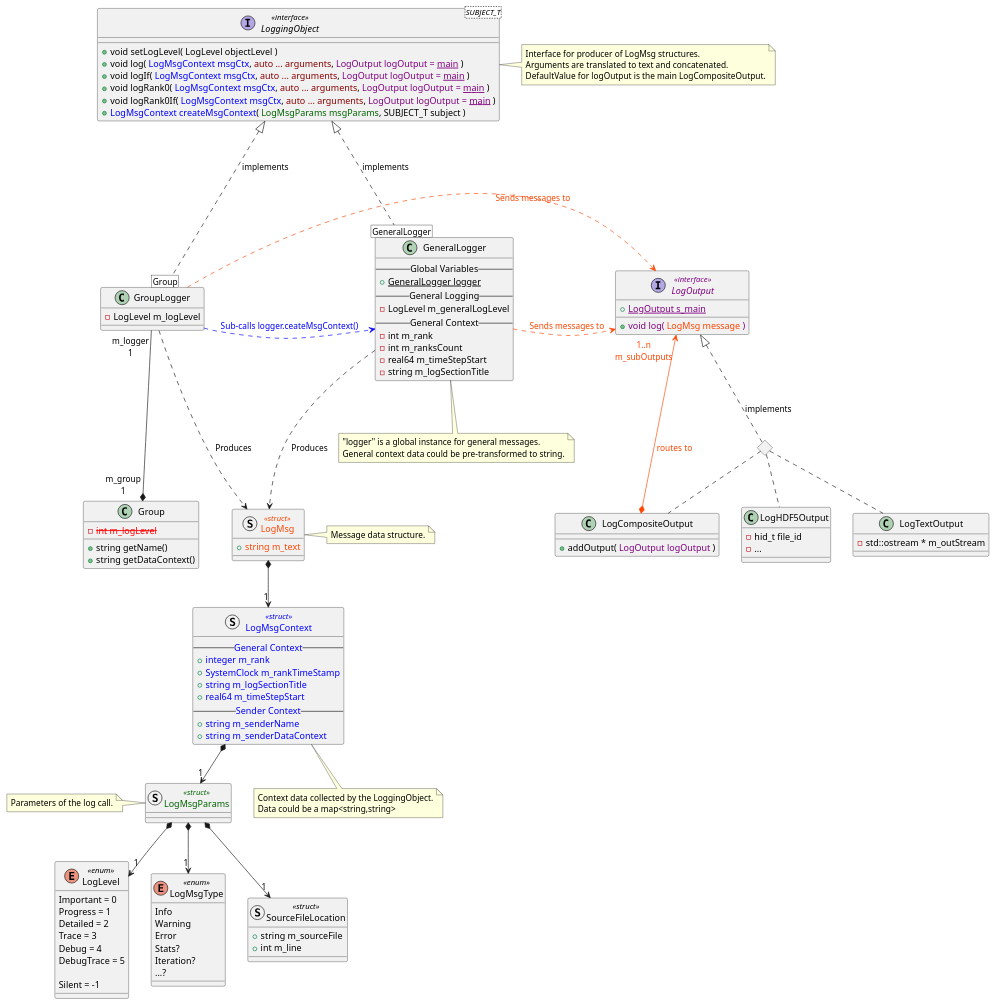
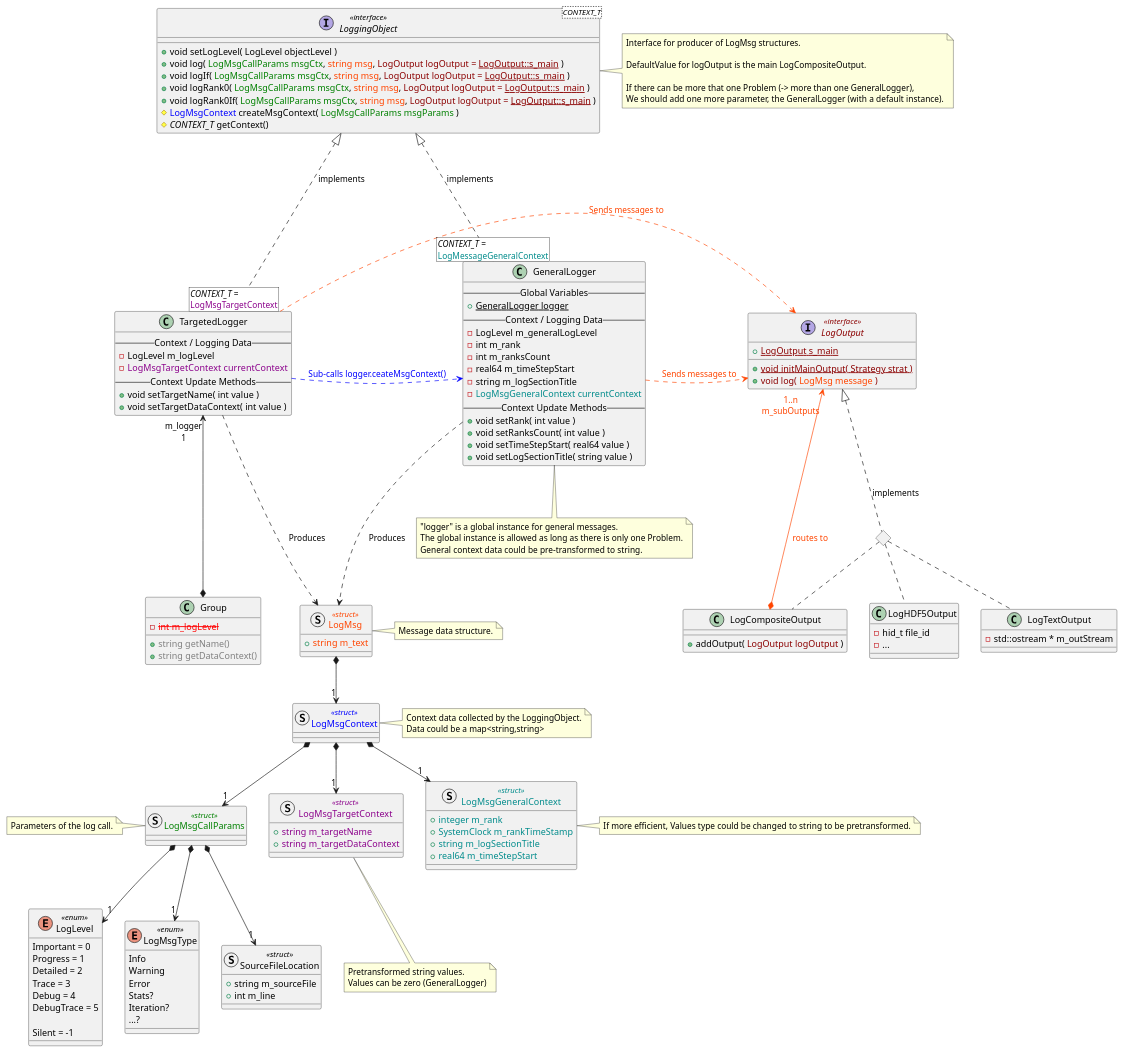
Before and after one commit to GEOS-DEV/GEOS: the diagram in src/coreComponents/common/Logger_templatedLoggingObject.plantuml, drawn with PlantUML.

Commit message:
architecture deepening

```diff
--- a/src/coreComponents/common/Logger_templatedLoggingObject.plantuml
+++ b/src/coreComponents/common/Logger_templatedLoggingObject.plantuml
@@ -1,142 +1,175 @@
 @startuml Logger Class
 
 set namespaceSeparator ::
 
 
+' --------------------------
 ' Message Data Structure
-
+' --------------------------
 
 enum LogLevel <<enum>> {
   Important = 0
   Progress = 1
   Detailed = 2
   Trace = 3
   Debug = 4
   DebugTrace = 5
 
   Silent = -1
 }
 
 enum LogMsgType <<enum>> {
   Info
   Warning
   Error
   Stats?
   Iteration?
   ...?
 }
 
 struct SourceFileLocation <<struct>> {
   + string m_sourceFile
   + int m_line
 }
 
-struct LogMsgParams <<struct>> #text:DarkGreen {
+struct LogMsgCallParams <<struct>> #text:Green {
 }
 note left: Parameters of the log call.
 
-struct LogMsgContext <<struct>> #text:Blue {
-  -- General Context --
+struct LogMsgGeneralContext <<struct>> #text:DarkCyan {
   + integer m_rank
   + SystemClock m_rankTimeStamp
   + string m_logSectionTitle
   + real64 m_timeStepStart
-  -- Sender Context --
-  + string m_senderName
-  + string m_senderDataContext
 }
-note bottom: Context data collected by the LoggingObject.\nData could be a map<string,string>
+note right: If more efficient, Values type could be changed to string to be pretransformed.
+
+struct LogMsgTargetContext <<struct>> #text:DarkMagenta {
+  + string m_targetName
+  + string m_targetDataContext
+}
+note bottom: Pretransformed string values.\nValues can be zero (GeneralLogger)
+
+struct LogMsgContext <<struct>> #text:Blue {
+}
+note right: Context data collected by the LoggingObject.\nData could be a map<string,string>
 
 struct LogMsg <<struct>> #text:OrangeRed {
   + string m_text
 }
 note right: Message data structure.
 
-LogMsgParams *--> "1" SourceFileLocation
-LogMsgParams *--> "1" LogMsgType
-LogMsgParams *--> "1" LogLevel
+LogMsgCallParams *--> "1" SourceFileLocation
+LogMsgCallParams *--> "1" LogMsgType
+LogMsgCallParams *--> "1" LogLevel
+LogMsgContext *--> "1" LogMsgCallParams
+LogMsgContext *--> "1" LogMsgGeneralContext
+LogMsgContext *--> "1" LogMsgTargetContext
 LogMsg *--> "1" LogMsgContext
-LogMsgContext *--> "1" LogMsgParams
+
+LogMsgCallParams -r[hidden]- LogMsgTargetContext
+LogMsgTargetContext -r[hidden]- LogMsgGeneralContext
+
+LogLevel -r[hidden]- LogMsgType
+LogMsgType -r[hidden]- SourceFileLocation
 
 
+' --------------------------
 ' Log outputs
+' --------------------------
 
-interface LogOutput <<interface>> #text:Purple {
+
+interface LogOutput <<interface>> #text:DarkRed {
   + {static} LogOutput s_main
+  + {static} void initMainOutput( Strategy strat )
   + void log( <color:OrangeRed>LogMsg message</color> )
 }
 <> LogOutputImplementations
 LogOutput <|.. LogOutputImplementations : implements
 
 class LogCompositeOutput {
-  + addOutput( <color:Purple>LogOutput logOutput</color> )
+  + addOutput( <color:DarkRed>LogOutput logOutput</color> )
 }
 LogOutputImplementations .. LogCompositeOutput
 LogCompositeOutput *---> "1..n\nm_subOutputs" LogOutput #OrangeRed;text:OrangeRed : routes to
 
 class LogHDF5Output {
   - hid_t file_id
   - ...
 }
 LogOutputImplementations .. LogHDF5Output
 
 class LogTextOutput {
   - std::ostream * m_outStream
 }
 LogOutputImplementations .. LogTextOutput
 
 LogTextOutput .l[hidden].. LogHDF5Output
 LogHDF5Output .l[hidden].. LogCompositeOutput
 
 
+' --------------------------
 ' Message Producers
+' --------------------------
 
-interface LoggingObject<SUBJECT_T> <<interface>> {
+
+interface LoggingObject<CONTEXT_T> <<interface>> {
   + void setLogLevel( LogLevel objectLevel )
-  + void log( <color:Blue>LogMsgContext msgCtx</color>, <color:DarkRed>auto ... arguments</color>, <color:Purple>LogOutput logOutput = <u>main</u></color> )
-  + void logIf( <color:Blue>LogMsgContext msgCtx</color>, <color:DarkRed>auto ... arguments</color>, <color:Purple>LogOutput logOutput = <u>main</u></color> )
-  + void logRank0( <color:Blue>LogMsgContext msgCtx</color>, <color:DarkRed>auto ... arguments</color>, <color:Purple>LogOutput logOutput = <u>main</u></color> )
-  + void logRank0If( <color:Blue>LogMsgContext msgCtx</color>, <color:DarkRed>auto ... arguments</color>, <color:Purple>LogOutput logOutput = <u>main</u></color> )
-  + <color:Blue>LogMsgContext createMsgContext</color>( <color:DarkGreen>LogMsgParams msgParams</color>, SUBJECT_T subject )
+  + void log( <color:Green>LogMsgCallParams msgCtx</color>, <color:OrangeRed>string msg</color>, <color:DarkRed>LogOutput logOutput = <u>LogOutput::s_main</u></color> )
+  + void logIf( <color:Green>LogMsgCallParams msgCtx</color>, <color:OrangeRed>string msg</color>, <color:DarkRed>LogOutput logOutput = <u>LogOutput::s_main</u></color> )
+  + void logRank0( <color:Green>LogMsgCallParams msgCtx</color>, <color:OrangeRed>string msg</color>, <color:DarkRed>LogOutput logOutput = <u>LogOutput::s_main</u></color> )
+  + void logRank0If( <color:Green>LogMsgCallParams msgCtx</color>, <color:OrangeRed>string msg</color>, <color:DarkRed>LogOutput logOutput = <u>LogOutput::s_main</u></color> )
+  # <color:Blue>LogMsgContext</color> createMsgContext( <color:Green>LogMsgCallParams msgParams</color> )
+  # <i>CONTEXT_T</i> getContext()
 }
-note right: Interface for producer of LogMsg structures.\nArguments are translated to text and concatenated.\nDefaultValue for logOutput is the main LogCompositeOutput.
+note right: Interface for producer of LogMsg structures.\n\nDefaultValue for logOutput is the main LogCompositeOutput.\n\nIf there can be more that one Problem (-> more than one GeneralLogger),\nWe should add one more parameter, the GeneralLogger (with a default instance).
 
 
 
 class GeneralLogger {
   -- Global Variables --
   + {static} GeneralLogger logger
-  -- General Logging --
+  -- Context / Logging Data --
   - LogLevel m_generalLogLevel
-  -- General Context --
   - int m_rank
   - int m_ranksCount
   - real64 m_timeStepStart
   - string m_logSectionTitle
+  - <color:DarkCyan>LogMsgGeneralContext currentContext</color>
+  -- Context Update Methods --
+  + void setRank( int value )
+  + void setRanksCount( int value )
+  + void setTimeStepStart( real64 value )
+  + void setLogSectionTitle( string value )
 }
-note bottom: "logger" is a global instance for general messages.\nGeneral context data could be pre-transformed to string.
-GeneralLogger [GeneralLogger] ..u.|> LoggingObject : implements
+note bottom: "logger" is a global instance for general messages.\nThe global instance is allowed as long as there is only one Problem.\nGeneral context data could be pre-transformed to string.
+GeneralLogger [<i>CONTEXT_T</i> =\n<color:DarkCyan>LogMessageGeneralContext</color>] ..u.|> LoggingObject : implements
 GeneralLogger ..d.> LogMsg : Produces
 GeneralLogger ..r.> LogOutput #OrangeRed;text:OrangeRed : "Sends messages to"
 
 
-class GroupLogger {
+class TargetedLogger {
+  -- Context / Logging Data --
   - LogLevel m_logLevel
+  - <color:DarkMagenta>LogMsgTargetContext currentContext</color>
+  -- Context Update Methods --
+  + void setTargetName( int value )
+  + void setTargetDataContext( int value )
 }
 class Group {
-  + string getName()
-  + string getDataContext()
+  + <color:Grey>string getName()</color>
+  + <color:Grey>string getDataContext()</color>
   - <color:Red><s>int m_logLevel</s></color>
 }
-GroupLogger [Group] .u..|> LoggingObject : implements
-Group "m_group\n1" *-u-- "m_logger\n1" GroupLogger
+TargetedLogger [<i>CONTEXT_T</i> =\n<color:DarkMagenta>LogMsgTargetContext</color>] .u..|> LoggingObject : implements
+Group *-u--> "m_logger\n1" TargetedLogger
 
-GroupLogger ..r.> LogOutput #OrangeRed;text:OrangeRed : "Sends messages to"
-GroupLogger ..r.> GeneralLogger #Blue;text:Blue : "Sub-calls logger.ceateMsgContext()"
-GroupLogger ..d.> LogMsg : Produces
+TargetedLogger ..r.> LogOutput #OrangeRed;text:OrangeRed : "Sends messages to"
+TargetedLogger ..r.> GeneralLogger #Blue;text:Blue : "Sub-calls logger.ceateMsgContext()"
+TargetedLogger ..d.> LogMsg : Produces
 
 
 
 
 
 @enduml
```
